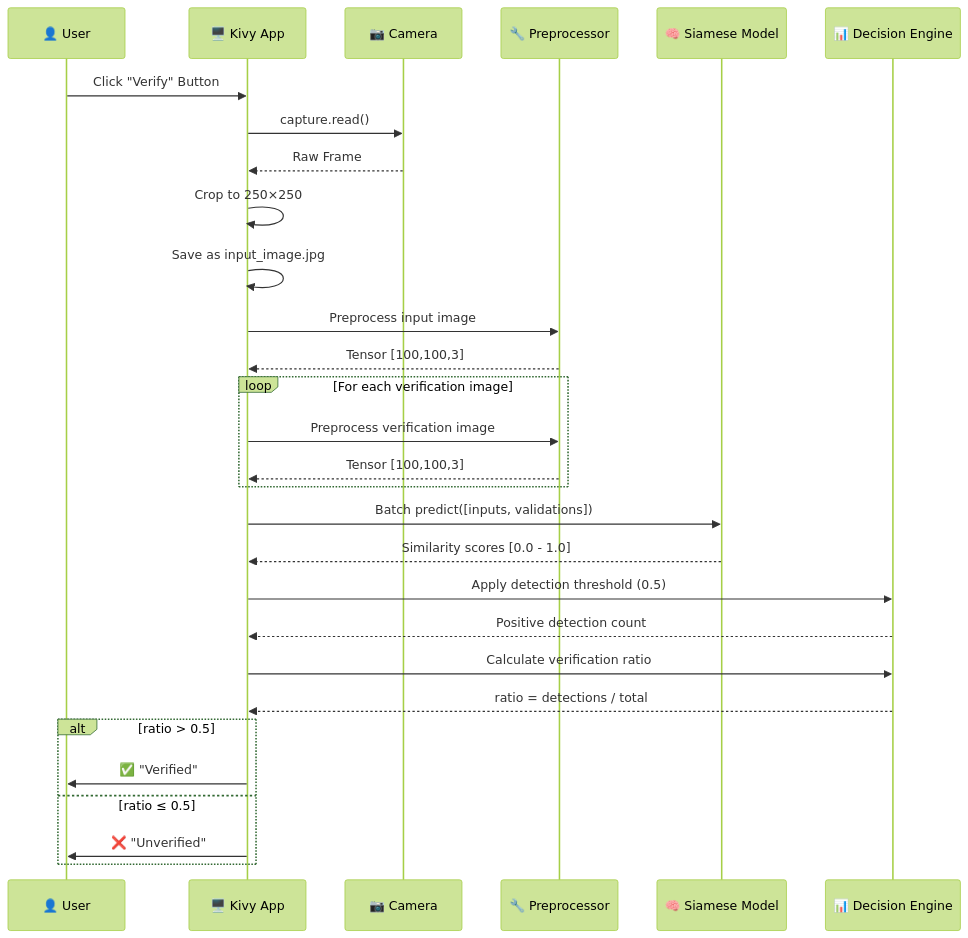
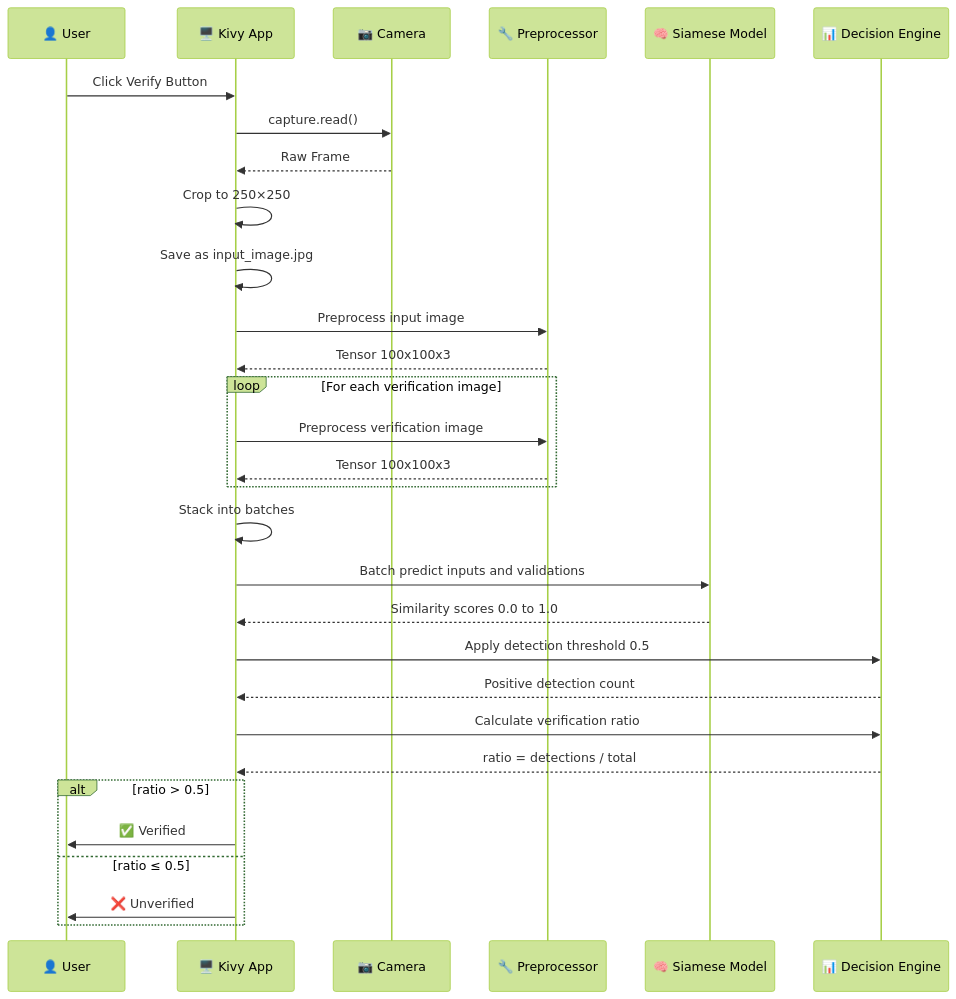
One commit to Paragiscool/Face_verification_ml_project changed diagram 16 of 20 in README.md. Above: the diagram before and after it, drawn with Mermaid (forest theme). The commit also changed other lines of this file, not shown here.

Commit message:
docs: Refine README with Quick Start, Math Foundations, Troubleshooting, References, state diagrams

````diff
--- a/README.md
+++ b/README.md
@@ -524,37 +701,38 @@
 ```mermaid
 sequenceDiagram
     participant U as 👤 User
     participant K as 🖥️ Kivy App
     participant C as 📷 Camera
     participant P as 🔧 Preprocessor
     participant M as 🧠 Siamese Model
     participant D as 📊 Decision Engine
 
-    U->>K: Click "Verify" Button
+    U->>K: Click Verify Button
     K->>C: capture.read()
     C-->>K: Raw Frame
     K->>K: Crop to 250×250
     K->>K: Save as input_image.jpg
     
     K->>P: Preprocess input image
-    P-->>K: Tensor [100,100,3]
+    P-->>K: Tensor 100x100x3
     
     loop For each verification image
         K->>P: Preprocess verification image
-        P-->>K: Tensor [100,100,3]
+        P-->>K: Tensor 100x100x3
     end
     
-    K->>M: Batch predict([inputs, validations])
-    M-->>K: Similarity scores [0.0 - 1.0]
+    K->>K: Stack into batches
+    K->>M: Batch predict inputs and validations
+    M-->>K: Similarity scores 0.0 to 1.0
     
-    K->>D: Apply detection threshold (0.5)
+    K->>D: Apply detection threshold 0.5
     D-->>K: Positive detection count
     K->>D: Calculate verification ratio
     D-->>K: ratio = detections / total
     
     alt ratio > 0.5
-        K->>U: ✅ "Verified"
+        K->>U: ✅ Verified
     else ratio ≤ 0.5
-        K->>U: ❌ "Unverified"
+        K->>U: ❌ Unverified
     end
 ```
````
